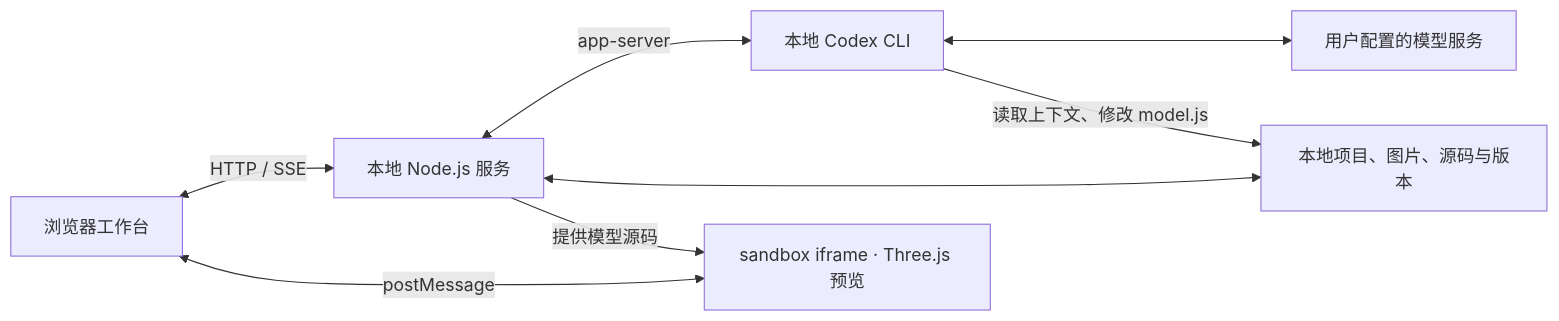
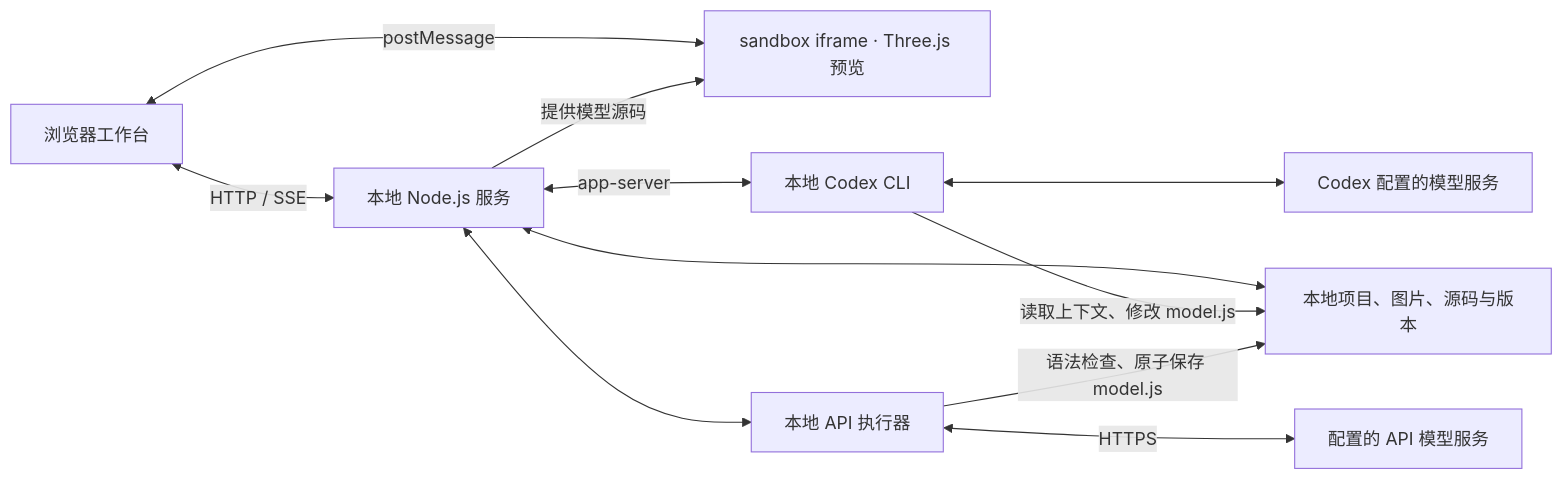
Before and after one commit to ToBeMaster-Mao/zaowu-studio: the diagram in README.md, drawn with Mermaid. The commit also changed other lines of this file and 23 other files, not shown here.

Commit message:
Add workspace settings, concurrent tasks and model API providers

````diff
--- a/README.md
+++ b/README.md
@@ -84,10 +110,13 @@
 ```mermaid
 flowchart LR
   UI["浏览器工作台"] <-->|HTTP / SSE| Server["本地 Node.js 服务"]
   UI <-->|postMessage| Viewer["sandbox iframe · Three.js 预览"]
   Server <-->|app-server| Codex["本地 Codex CLI"]
-  Codex <--> Model["用户配置的模型服务"]
+  Codex <--> Model["Codex 配置的模型服务"]
+  Server <--> API["本地 API 执行器"]
+  API <-->|HTTPS| Provider["配置的 API 模型服务"]
   Server <--> Files["本地项目、图片、源码与版本"]
   Codex -->|读取上下文、修改 model.js| Files
+  API -->|语法检查、原子保存 model.js| Files
   Server -->|提供模型源码| Viewer
 ```
````
